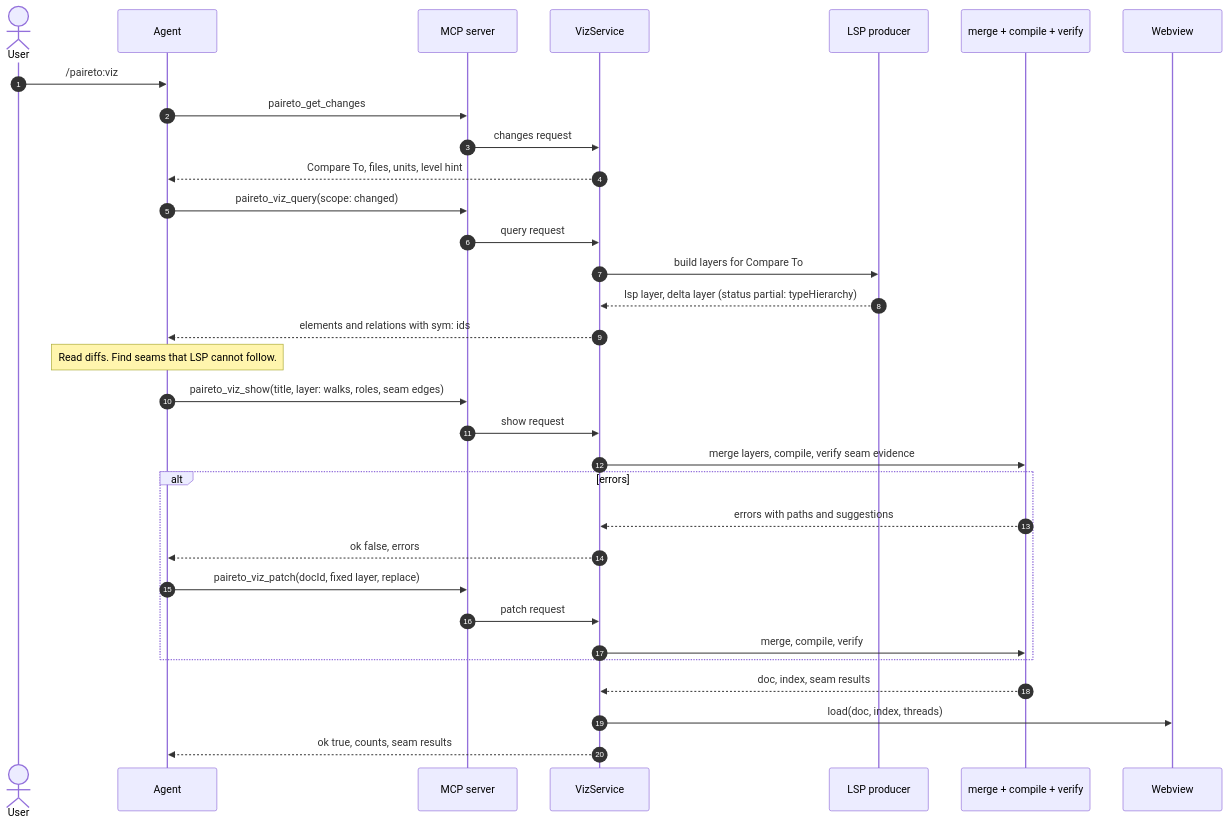
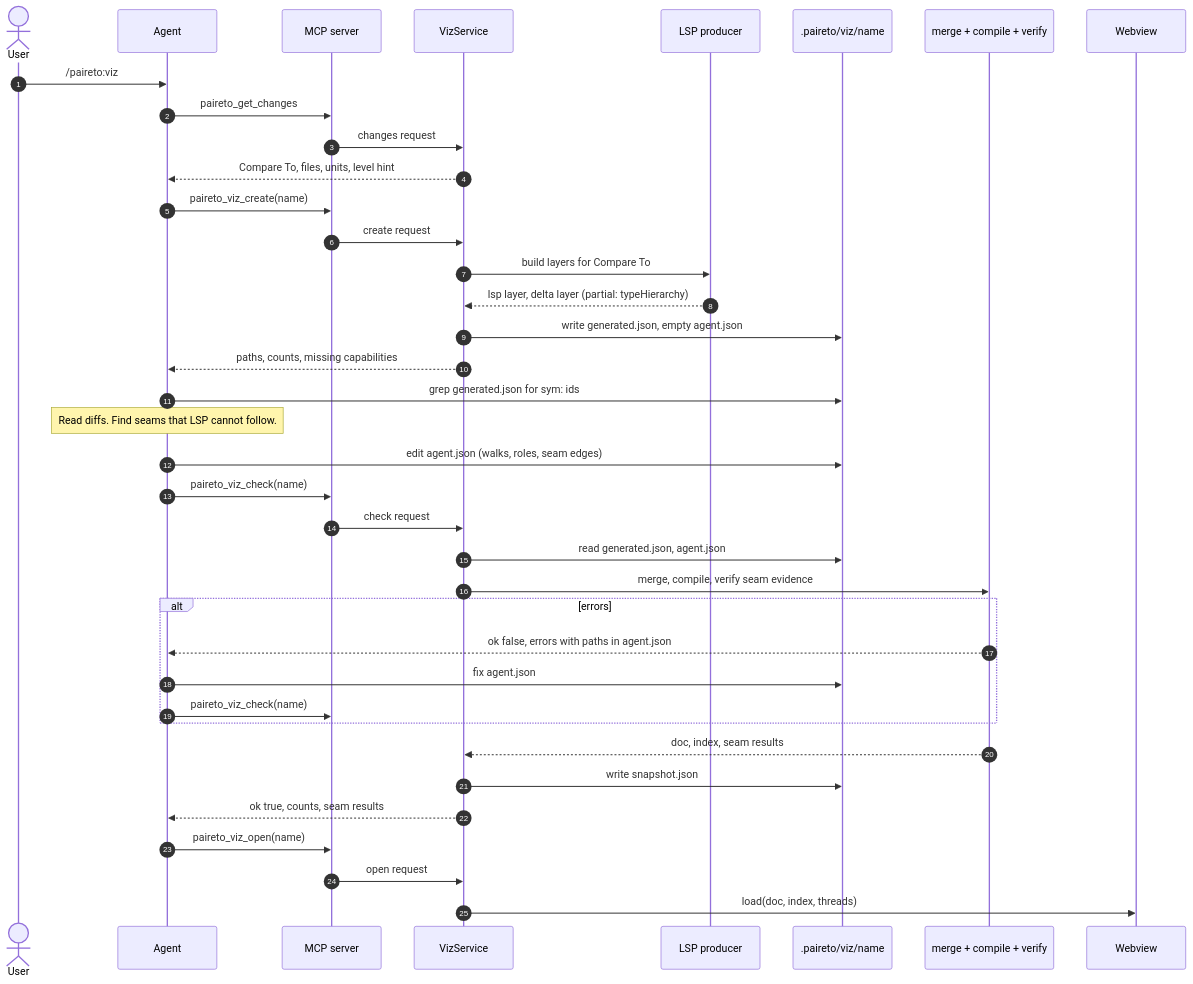
The first of 3 diagrams in docs/viz-core/04-protocols.md (Nick-Lucas/paireto), drawn with Mermaid before and after one commit. The commit also changed other lines of this file and 3 other files, not shown here.

First line of the commit message:
Move the agent layer of a viz into .paireto files

````diff
--- a/docs/viz-core/04-protocols.md
+++ b/docs/viz-core/04-protocols.md
@@ -103,35 +122,41 @@
 ```mermaid
 sequenceDiagram
   autonumber
   actor User
   participant Agent
   participant MCP as MCP server
   participant Host as VizService
   participant LSP as LSP producer
+  participant FS as .paireto/viz/name
   participant Core as merge + compile + verify
   participant View as Webview
 
   User->>Agent: /paireto:viz
   Agent->>MCP: paireto_get_changes
   MCP->>Host: changes request
   Host-->>Agent: Compare To, files, units, level hint
-  Agent->>MCP: paireto_viz_query(scope: changed)
-  MCP->>Host: query request
+  Agent->>MCP: paireto_viz_create(name)
+  MCP->>Host: create request
   Host->>LSP: build layers for Compare To
-  LSP-->>Host: lsp layer, delta layer (status partial: typeHierarchy)
-  Host-->>Agent: elements and relations with sym: ids
+  LSP-->>Host: lsp layer, delta layer (partial: typeHierarchy)
+  Host->>FS: write generated.json, empty agent.json
+  Host-->>Agent: paths, counts, missing capabilities
+  Agent->>FS: grep generated.json for sym: ids
   Note over Agent: Read diffs. Find seams that LSP cannot follow.
-  Agent->>MCP: paireto_viz_show(title, layer: walks, roles, seam edges)
-  MCP->>Host: show request
-  Host->>Core: merge layers, compile, verify seam evidence
+  Agent->>FS: edit agent.json (walks, roles, seam edges)
+  Agent->>MCP: paireto_viz_check(name)
+  MCP->>Host: check request
+  Host->>FS: read generated.json, agent.json
+  Host->>Core: merge, compile, verify seam evidence
   alt errors
-    Core-->>Host: errors with paths and suggestions
-    Host-->>Agent: ok false, errors
-    Agent->>MCP: paireto_viz_patch(docId, fixed layer, replace)
-    MCP->>Host: patch request
-    Host->>Core: merge, compile, verify
+    Core-->>Agent: ok false, errors with paths in agent.json
+    Agent->>FS: fix agent.json
+    Agent->>MCP: paireto_viz_check(name)
   end
   Core-->>Host: doc, index, seam results
+  Host->>FS: write snapshot.json
+  Host-->>Agent: ok true, counts, seam results
+  Agent->>MCP: paireto_viz_open(name)
+  MCP->>Host: open request
   Host->>View: load(doc, index, threads)
-  Host-->>Agent: ok true, counts, seam results
 ```
````
